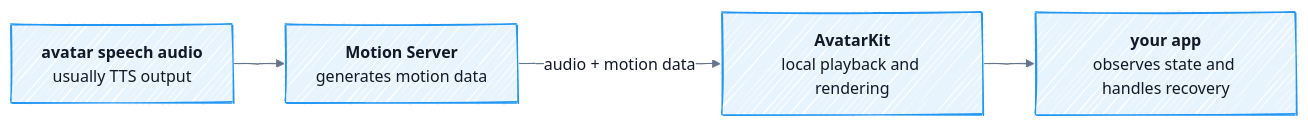
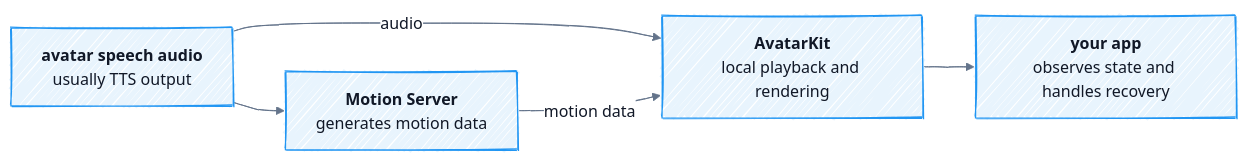
One commit to spatius-ai/docs changed the diagram in concepts/how-it-works.mdx. Above: the diagram before and after it, drawn with Mermaid. The commit also changed other lines of this file and 59 other files, not shown here.

````diff
--- a/concepts/how-it-works.mdx
+++ b/concepts/how-it-works.mdx
@@ -13,32 +13,33 @@
 ```mermaid actions={false}
 ---
 config:
   "look": "handDrawn"
   "theme": "base"
   "themeVariables":
     "background": "#ffffff"
     "textColor": "#111827"
     "lineColor": "#64748b"
     "primaryColor": "#e8f4fd"
     "primaryTextColor": "#111827"
     "primaryBorderColor": "#2196F3"
     "secondaryColor": "#f3e5f5"
     "secondaryTextColor": "#111827"
     "secondaryBorderColor": "#9C27B0"
     "tertiaryColor": "#fff3e0"
     "tertiaryTextColor": "#111827"
     "tertiaryBorderColor": "#FF9800"
     "clusterBkg": "#f8fafc"
     "clusterBorder": "#cbd5e1"
     "edgeLabelBackground": "#ffffff"
 ---
 graph LR
     A["<b>avatar speech audio</b><br/>usually TTS output"]
     B["<b>Motion Server</b><br/>generates motion data"]
     C["<b>AvatarKit</b><br/>local playback and rendering"]
     D["<b>your app</b><br/>observes state and handles recovery"]
 
     A --> B
-    B -->|"audio + motion data"| C
+    A -->|"audio"| C
+    B -->|"motion data"| C
     C --> D
 ```
````
